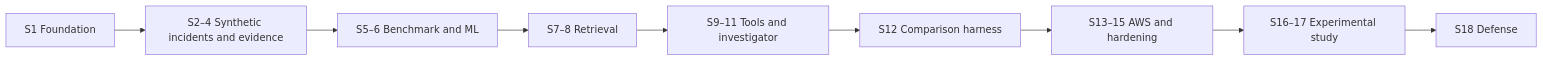
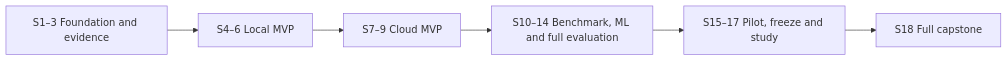
Before and after one commit to krispykrits/TRACE: the diagram in docs/planning/capstone-project-plan.md, drawn with Mermaid. The commit also changed other lines of this file, not shown here.

Commit message:
docs: adopt approved MVP-first capstone delivery plan

````diff
--- a/docs/planning/capstone-project-plan.md
+++ b/docs/planning/capstone-project-plan.md
@@ -101,11 +64,8 @@
 ```mermaid
 flowchart LR
-  A["S1 Foundation"] --> B["S2–4 Synthetic incidents and evidence"]
-  B --> C["S5–6 Benchmark and ML"]
-  C --> D["S7–8 Retrieval"]
-  D --> E["S9–11 Tools and investigator"]
-  E --> F["S12 Comparison harness"]
-  F --> G["S13–15 AWS and hardening"]
-  G --> H["S16–17 Experimental study"]
-  H --> I["S18 Defense"]
+ A["S1–3 Foundation and evidence"] --> B["S4–6 Local MVP"]
+ B --> C["S7–9 Cloud MVP"]
+ C --> D["S10–14 Benchmark, ML and full evaluation"]
+ D --> E["S15–17 Pilot, freeze and study"]
+ E --> F["S18 Full capstone"]
 ```
````
